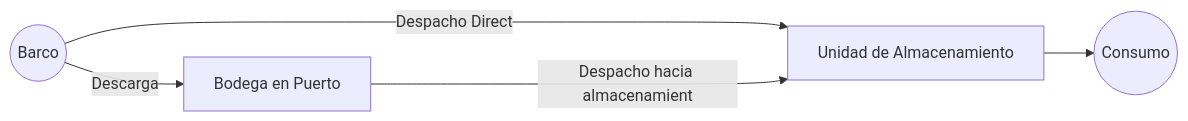
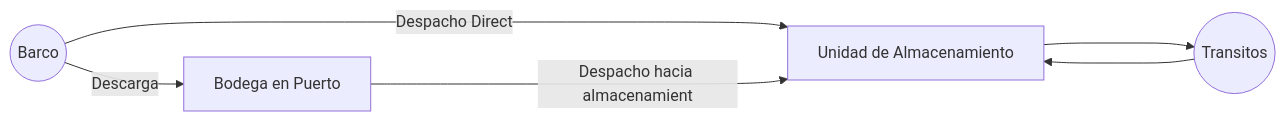
The first of 2 diagrams in conceptualizacion.md (luisferpinilla/bios_solver), drawn with Mermaid before and after one commit. The commit also changed other lines of this file, not shown here.

````diff
--- a/conceptualizacion.md
+++ b/conceptualizacion.md
@@ -35,7 +35,8 @@
 ```mermaid
 graph LR;
     id0((Barco)) --Descarga--> id1[Bodega en Puerto]
     id0((Barco)) --Despacho Directo--> id2[Unidad de Almacenamiento]
     id1[Bodega en Puerto] --Despacho hacia almacenamiento--> id2[Unidad de Almacenamiento]
     id2[Unidad de Almacenamiento] --> id3((Consumo))
+    id3((Transitos)) ----> id2[Unidad de Almacenamiento]
 ```
````
